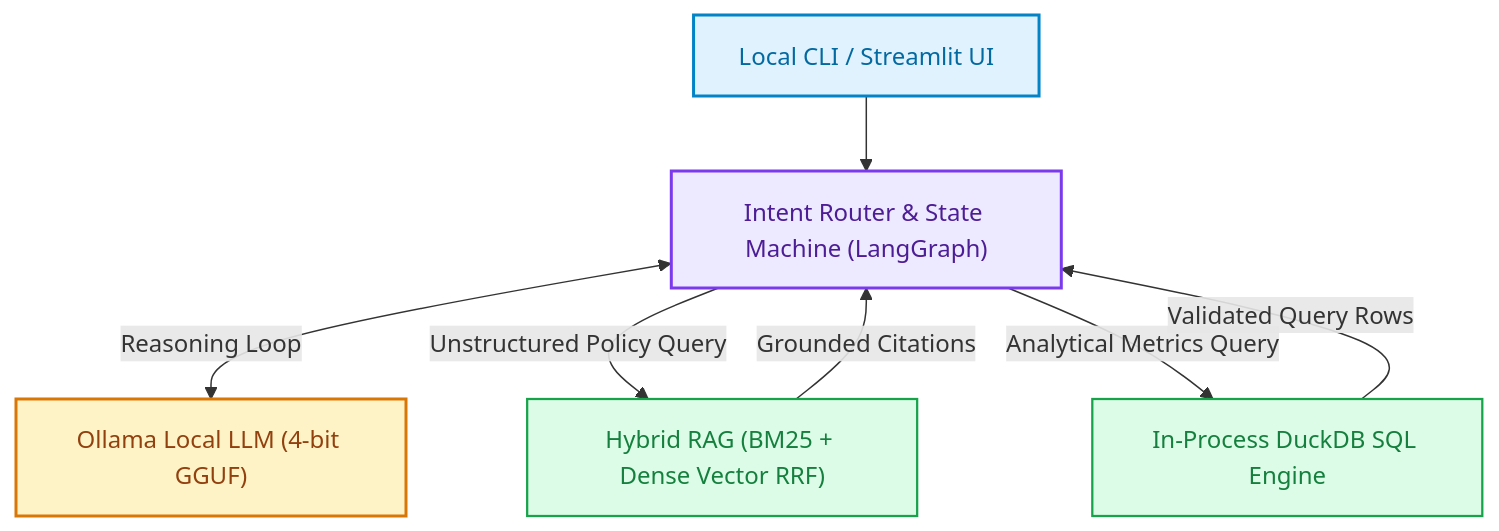
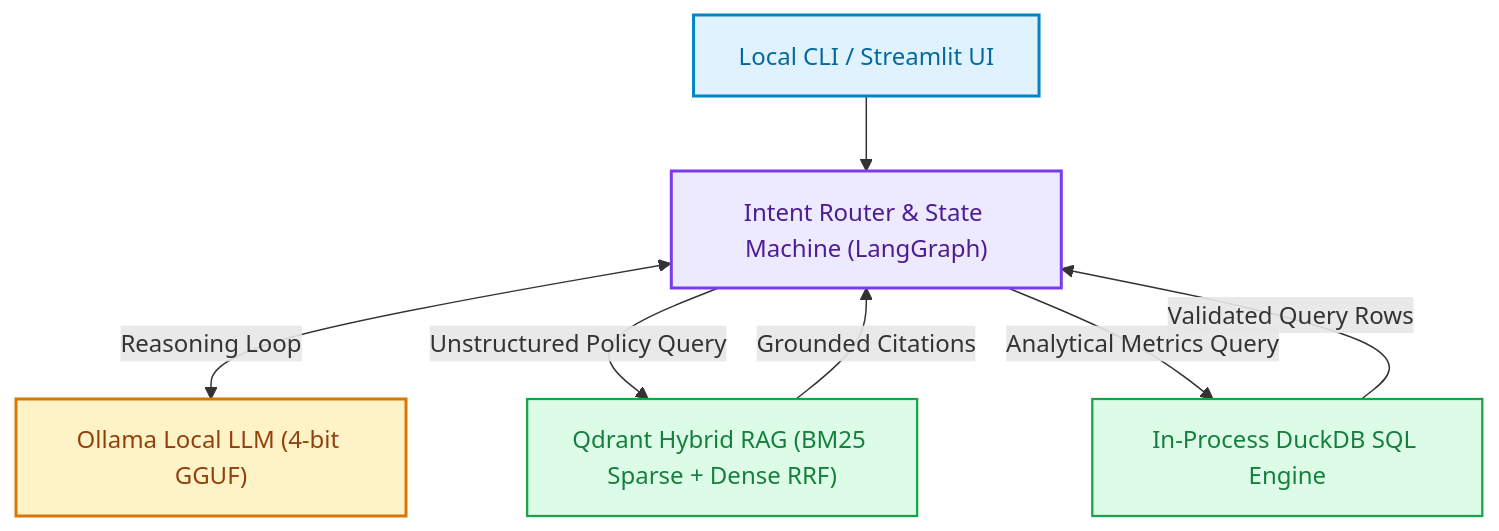
The first of 5 diagrams in projects/README.md (FirdowsRahaman/agentic-ai-and-ml-roadmap), drawn with Mermaid before and after one commit. The commit also changed other lines of this file and 20 other files, not shown here.

Commit message:
feat(handbook): convert curriculum to pure Engineering Handbook style and add Qdrant hybrid RAG section

````diff
--- a/projects/README.md
+++ b/projects/README.md
@@ -30,19 +30,19 @@
 ```mermaid
 flowchart TD
     UI["Local CLI / Streamlit UI"] --> LG["Intent Router & State Machine (LangGraph)"]
     LG <-->|"Reasoning Loop"| OLLAMA["Ollama Local LLM (4-bit GGUF)"]
-    LG -->|"Unstructured Policy Query"| RAG["Hybrid RAG (BM25 + Dense Vector RRF)"]
+    LG -->|"Unstructured Policy Query"| RAG["Qdrant Hybrid RAG (BM25 Sparse + Dense RRF)"]
     LG -->|"Analytical Metrics Query"| SQL["In-Process DuckDB SQL Engine"]
     RAG -->|"Grounded Citations"| LG
     SQL -->|"Validated Query Rows"| LG
 
     classDef ui fill:#E0F2FE,stroke:#0284C7,stroke-width:2px,color:#0369A1;
     classDef router fill:#EDE9FE,stroke:#7C3AED,stroke-width:2px,color:#4C1D95;
     classDef llm fill:#FEF3C7,stroke:#D97706,stroke-width:2px,color:#92400E;
     classDef tool fill:#DCFCE7,stroke:#16A34A,stroke-width:1.5px,color:#15803D;
 
     class UI ui;
     class LG router;
     class OLLAMA llm;
     class RAG,SQL tool;
 ```
````
